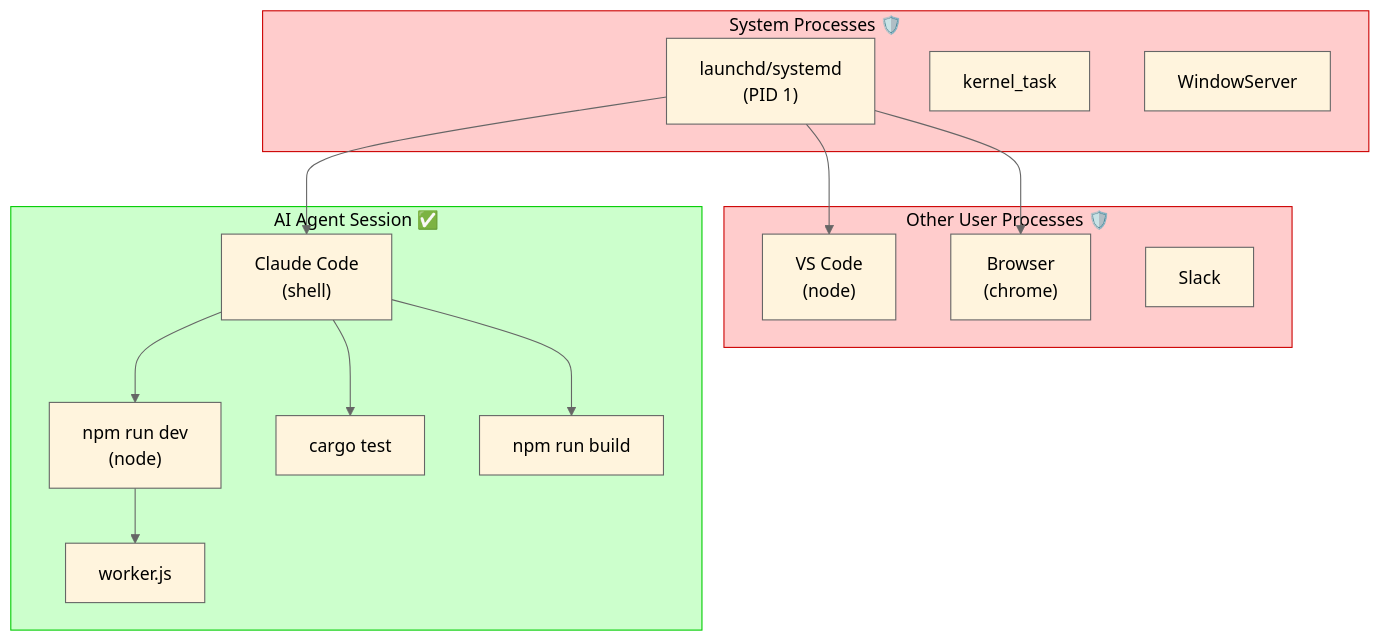
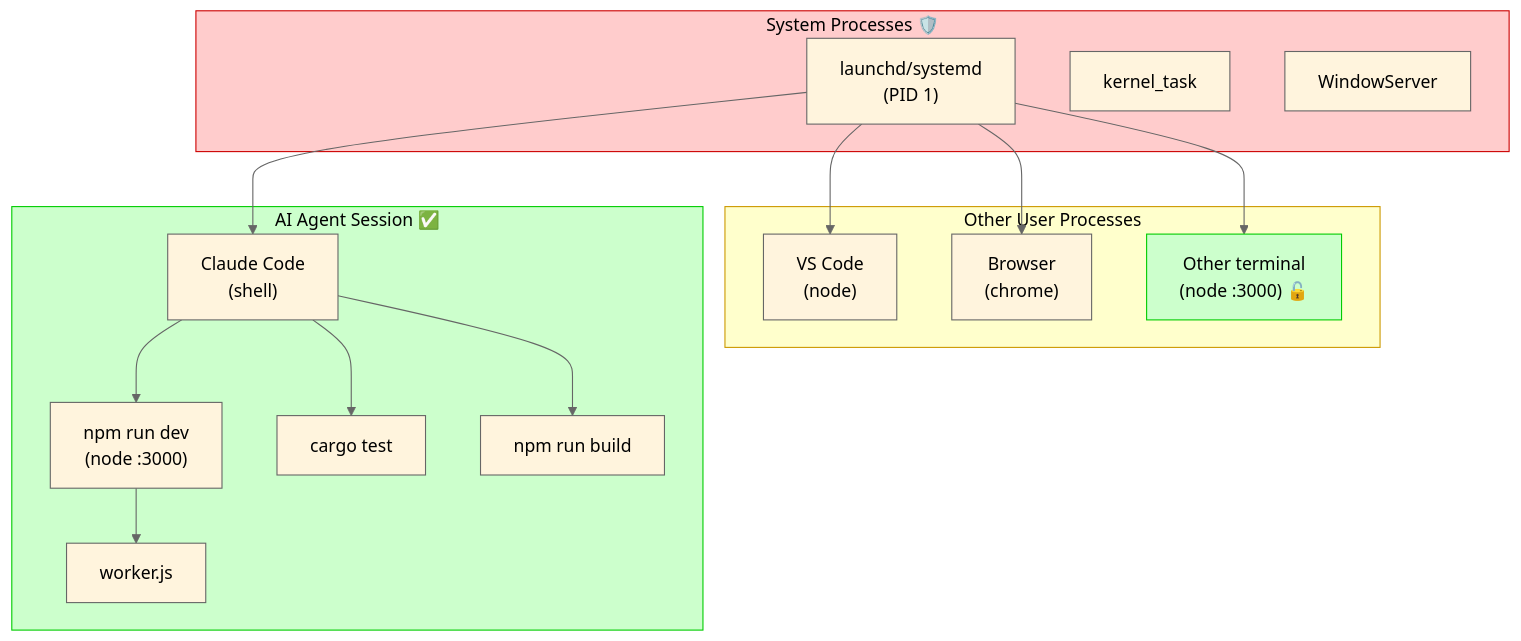
Before and after one commit to owayo/safe-kill: the second of 2 diagrams in README.md, drawn with Mermaid. The commit also changed other lines of this file and 13 other files, not shown here.

````diff
--- a/README.md
+++ b/README.md
@@ -165,31 +177,33 @@
 ```mermaid
 %%{init: {'theme': 'base', 'themeVariables': { 'lineColor': '#666666', 'primaryTextColor': '#000000', 'primaryBorderColor': '#666666' }}}%%
 flowchart TB
     subgraph system["System Processes 🛡️"]
         init["launchd/systemd<br/>(PID 1)"]
         kernel["kernel_task"]
         window["WindowServer"]
     end
 
-    subgraph other["Other User Processes 🛡️"]
+    subgraph other["Other User Processes"]
         vscode["VS Code<br/>(node)"]
         browser["Browser<br/>(chrome)"]
-        slack["Slack"]
+        otherdev["Other terminal<br/>(node :3000) 🔓"]
     end
 
     subgraph session["AI Agent Session ✅"]
         shell["Claude Code<br/>(shell)"]
-        shell --> server["npm run dev<br/>(node)"]
+        shell --> server["npm run dev<br/>(node :3000)"]
         shell --> test["cargo test"]
         shell --> build["npm run build"]
         server --> worker["worker.js"]
     end
 
     init --> shell
     init --> vscode
     init --> browser
+    init --> otherdev
 
     style system fill:#ffcccc,stroke:#cc0000,color:#000000
-    style other fill:#ffcccc,stroke:#cc0000,color:#000000
+    style other fill:#ffffcc,stroke:#cc9900,color:#000000
     style session fill:#ccffcc,stroke:#00cc00,color:#000000
+    style otherdev fill:#ccffcc,stroke:#00cc00,color:#000000
 ```
````
